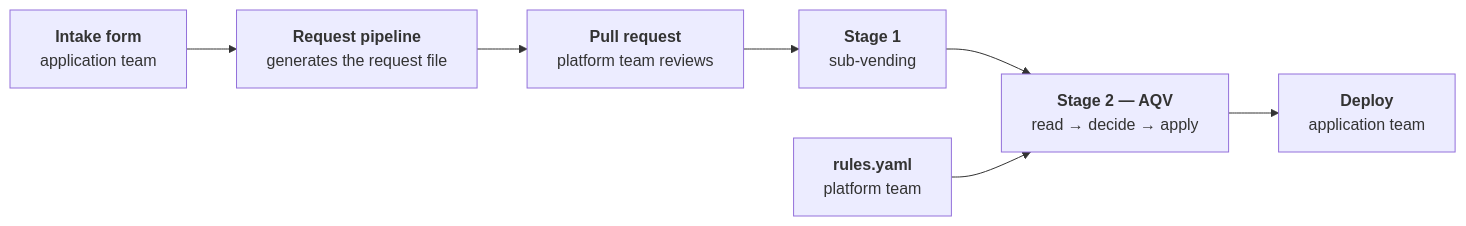
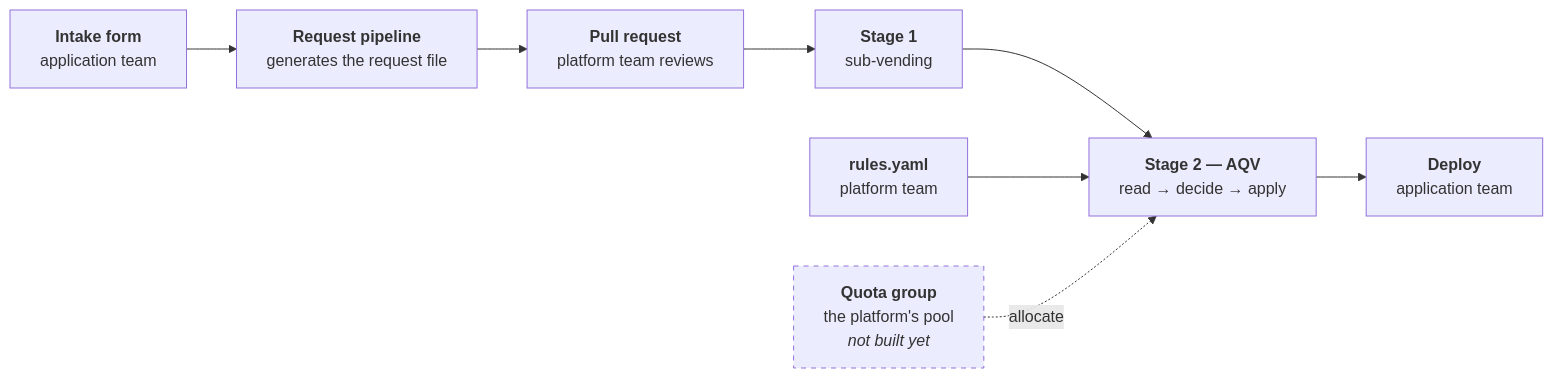
One commit to chrislittle/azure-placement-engine changed the first of 2 diagrams in docs/GUIDE.md. Above: the diagram before and after it, drawn with Mermaid. The commit also changed other lines of this file and 3 other files, not shown here.

First line of the commit message:
Put the quota group in the diagrams, marked as pending

````diff
--- a/docs/GUIDE.md
+++ b/docs/GUIDE.md
@@ -30,12 +30,16 @@
 ```mermaid
 flowchart LR
     F["<b>Intake form</b><br/>application team"]
     RP["<b>Request pipeline</b><br/>generates the request file"]
     PR["<b>Pull request</b><br/>platform team reviews"]
     S1["<b>Stage 1</b><br/>sub-vending"]
     S2["<b>Stage 2 — AQV</b><br/>read → decide → apply"]
     DEP["<b>Deploy</b><br/>application team"]
 
     F --> RP --> PR --> S1 --> S2 --> DEP
     RULES["<b>rules.yaml</b><br/>platform team"] --> S2
+    QG["<b>Quota group</b><br/>the platform's pool<br/><i>not built yet</i>"] -.->|allocate| S2
+
+    classDef pending stroke-dasharray: 5 5
+    class QG pending
 ```
````
